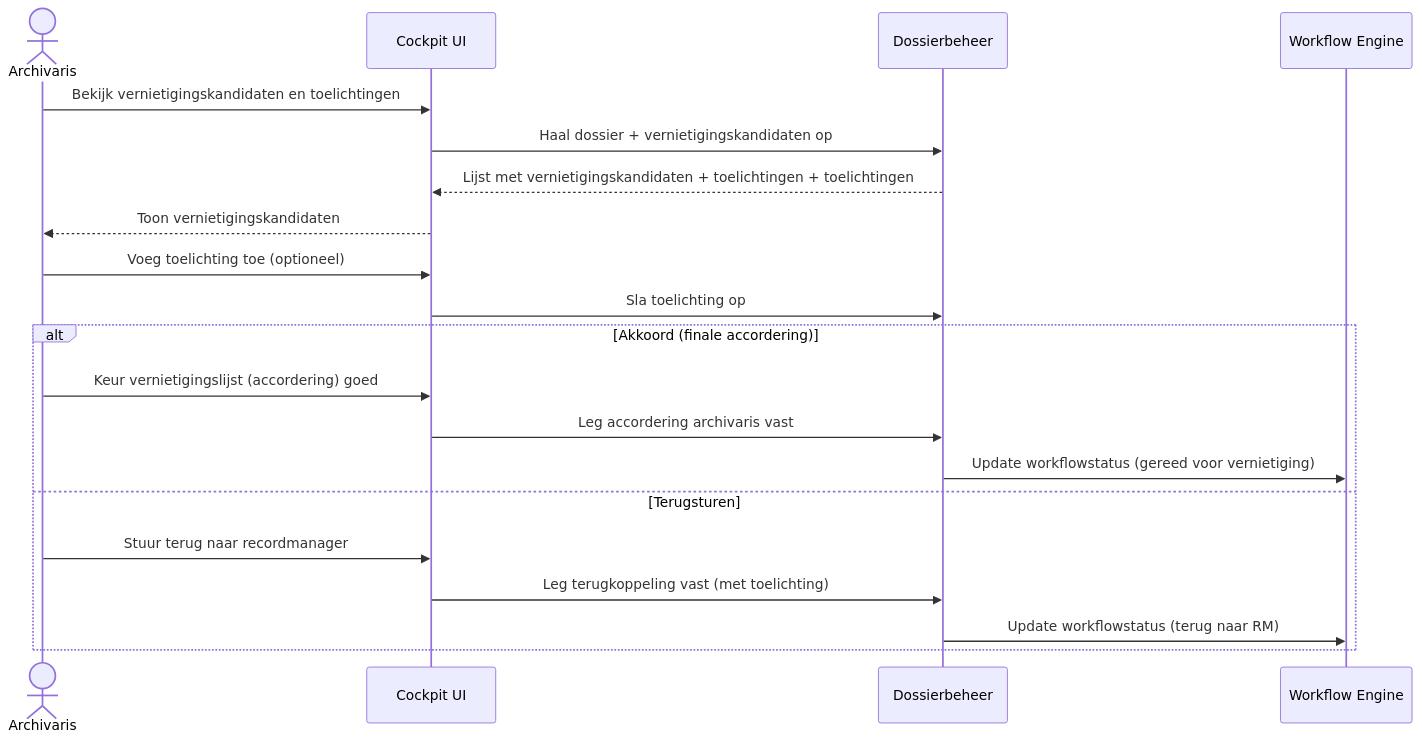
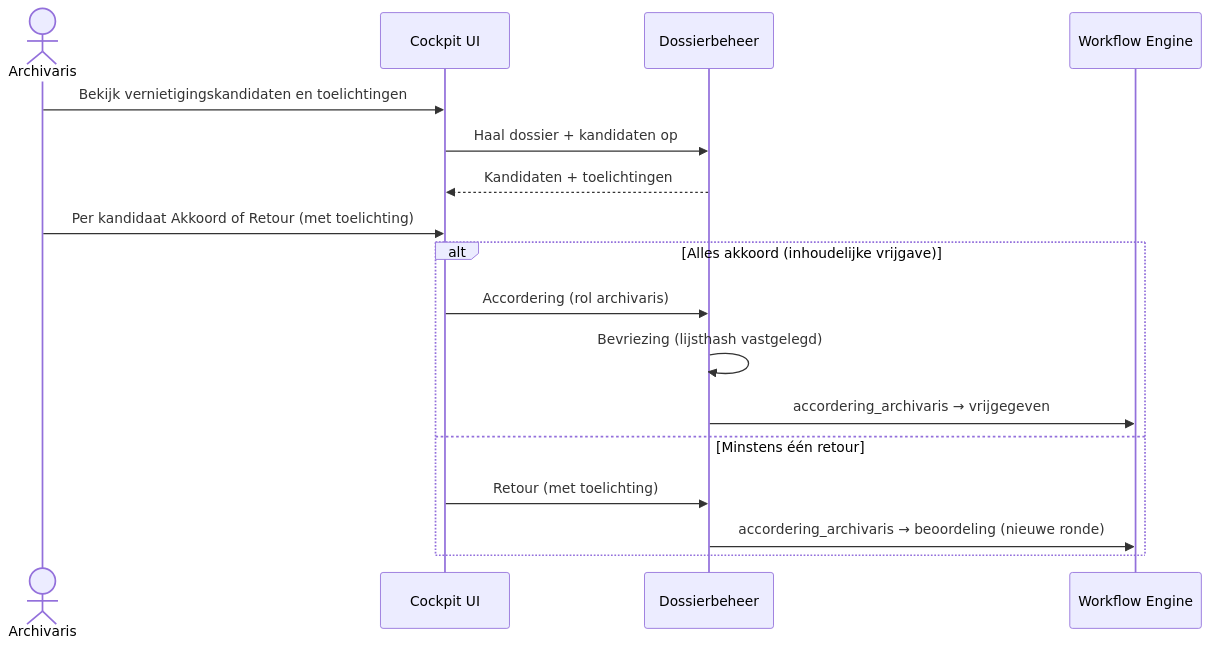
The fifth of 12 diagrams in architectuur/sequence-diagrammen.md (GemeenteArnhem/Vernietigingscockpit), drawn with Mermaid before and after one commit. The commit also changed other lines of this file and 39 other files, not shown here.

````diff
--- a/architectuur/sequence-diagrammen.md
+++ b/architectuur/sequence-diagrammen.md
@@ -137,25 +130,21 @@
 ```mermaid
 sequenceDiagram
     actor AR as Archivaris
     participant UI as Cockpit UI
     participant D as Dossierbeheer
     participant WF as Workflow Engine
 
     AR ->> UI: Bekijk vernietigingskandidaten en toelichtingen
-    UI ->> D: Haal dossier + vernietigingskandidaten op
-    D -->> UI: Lijst met vernietigingskandidaten + toelichtingen + toelichtingen
-    UI -->> AR: Toon vernietigingskandidaten
+    UI ->> D: Haal dossier + kandidaten op
+    D -->> UI: Kandidaten + toelichtingen
+    AR ->> UI: Per kandidaat Akkoord of Retour (met toelichting)
 
-    AR ->> UI: Voeg toelichting toe (optioneel)
-    UI ->> D: Sla toelichting op
-
-    alt Akkoord (finale accordering)
-        AR ->> UI: Keur vernietigingslijst (accordering) goed
-        UI ->> D: Leg accordering archivaris vast
-        D ->> WF: Update workflowstatus (gereed voor vernietiging)
-    else Terugsturen
-        AR ->> UI: Stuur terug naar recordmanager
-        UI ->> D: Leg terugkoppeling vast (met toelichting)
-        D ->> WF: Update workflowstatus (terug naar RM)
+    alt Alles akkoord (inhoudelijke vrijgave)
+        UI ->> D: Accordering (rol archivaris)
+        D ->> D: Bevriezing (lijsthash vastgelegd)
+        D ->> WF: accordering_archivaris → vrijgegeven
+    else Minstens één retour
+        UI ->> D: Retour (met toelichting)
+        D ->> WF: accordering_archivaris → beoordeling (nieuwe ronde)
     end
 ```
````
